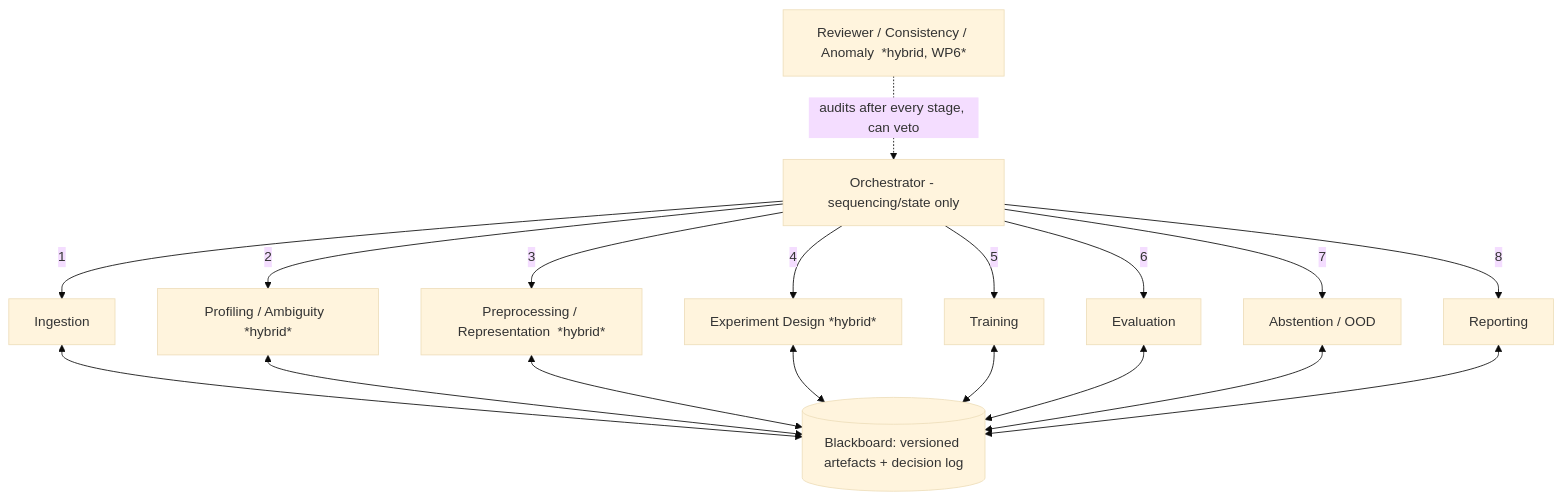
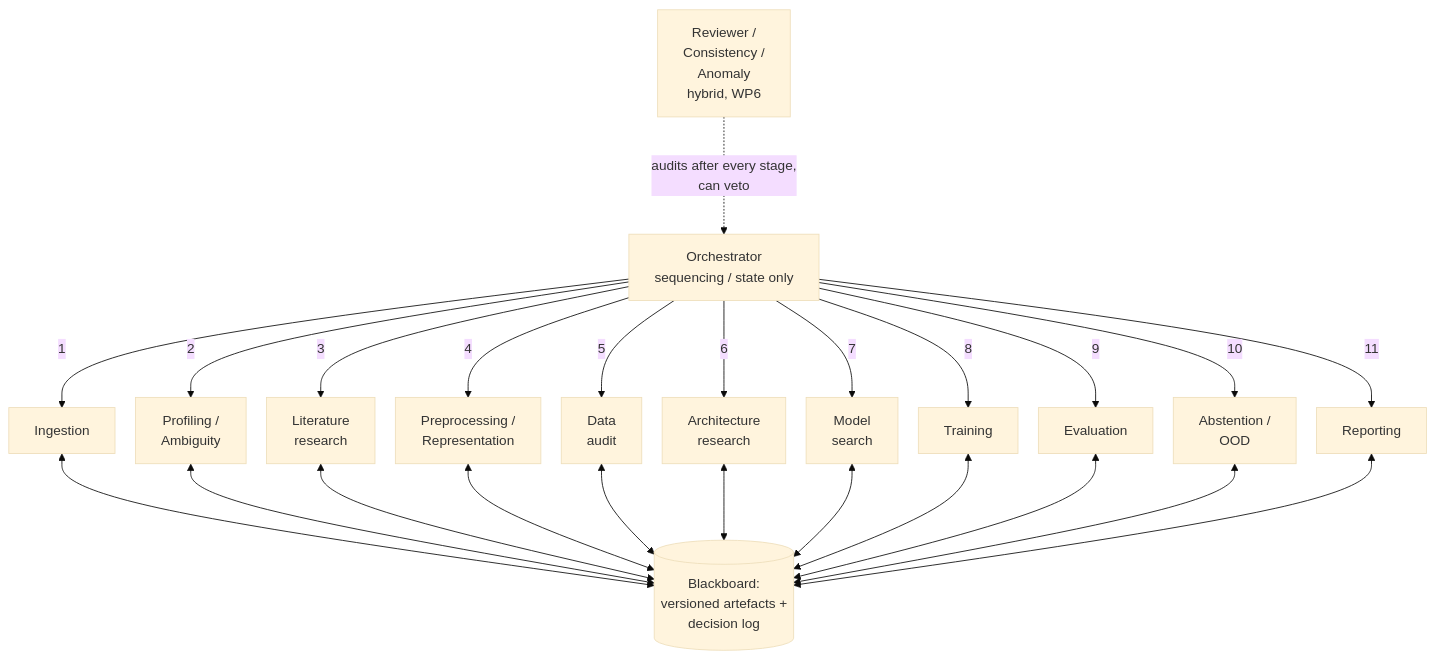
One commit to StefanoVerrilli/Agentic-MedMNIST changed the diagram in README.md. Above: the diagram before and after it, drawn with Mermaid (base theme). The commit also changed other lines of this file and 1 other file, not shown here.

````diff
--- a/README.md
+++ b/README.md
@@ -12,16 +13,45 @@
 ```mermaid
-flowchart TD
-    ORCH[Orchestrator - sequencing/state only]
-    ORCH -->|1| ING[Ingestion]
-    ORCH -->|2| PROF[Profiling / Ambiguity  *hybrid*]
-    ORCH -->|3| PRE[Preprocessing / Representation  *hybrid*]
-    ORCH -->|4| EXP[Experiment Design  *hybrid*]
-    ORCH -->|5| TRN[Training]
-    ORCH -->|6| EVAL[Evaluation]
-    ORCH -->|7| ABS[Abstention / OOD]
-    ORCH -->|8| REP[Reporting]
-    REV[Reviewer / Consistency / Anomaly  *hybrid, WP6*]
-    REV -. audits after every stage, can veto .-> ORCH
-    BB[(Blackboard: versioned artefacts + decision log)]
-    ING & PROF & PRE & EXP & TRN & EVAL & ABS & REP <--> BB
+%%{init: {"flowchart": {"curve": "basis", "nodeSpacing": 24, "rankSpacing": 90}}}%%
+flowchart TB
+    REV["Reviewer /<br/>Consistency /<br/>Anomaly<br/>hybrid, WP6"]
+    ORCH["Orchestrator<br/>sequencing / state only"]
+
+    REV -. "audits after every stage,<br/>can veto" .-> ORCH
+
+    ING["Ingestion"]
+    PROF["Profiling /<br/>Ambiguity"]
+    LIT["Literature<br/>research"]
+    PRE["Preprocessing /<br/>Representation"]
+    AUD["Data<br/>audit"]
+    ARCH["Architecture<br/>research"]
+    SEARCH["Model<br/>search"]
+    TRAIN["Training"]
+    EVAL["Evaluation"]
+    ABS["Abstention /<br/>OOD"]
+    REP["Reporting"]
+
+    ORCH -->|1| ING
+    ORCH -->|2| PROF
+    ORCH -->|3| LIT
+    ORCH -->|4| PRE
+    ORCH -->|5| AUD
+    ORCH -->|6| ARCH
+    ORCH -->|7| SEARCH
+    ORCH -->|8| TRAIN
+    ORCH -->|9| EVAL
+    ORCH -->|10| ABS
+    ORCH -->|11| REP
+
+    BB[("Blackboard:<br/>versioned artefacts +<br/>decision log")]
+    ING <--> BB
+    PROF <--> BB
+    LIT <--> BB
+    PRE <--> BB
+    AUD <--> BB
+    ARCH <--> BB
+    SEARCH <--> BB
+    TRAIN <--> BB
+    EVAL <--> BB
+    ABS <--> BB
+    REP <--> BB
 ```
````
